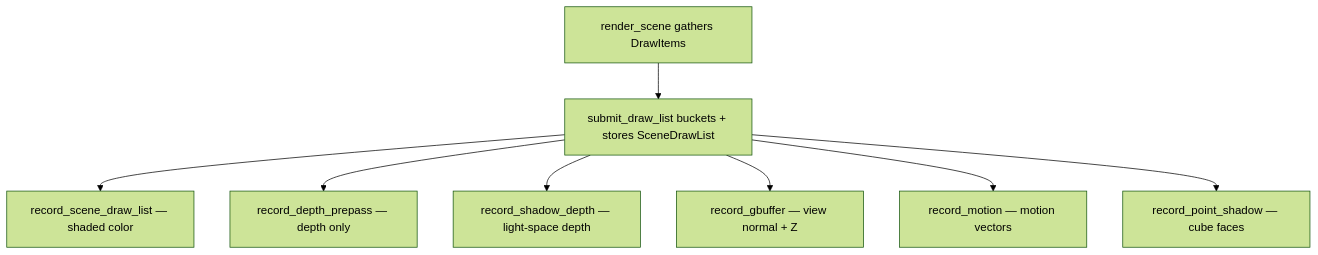
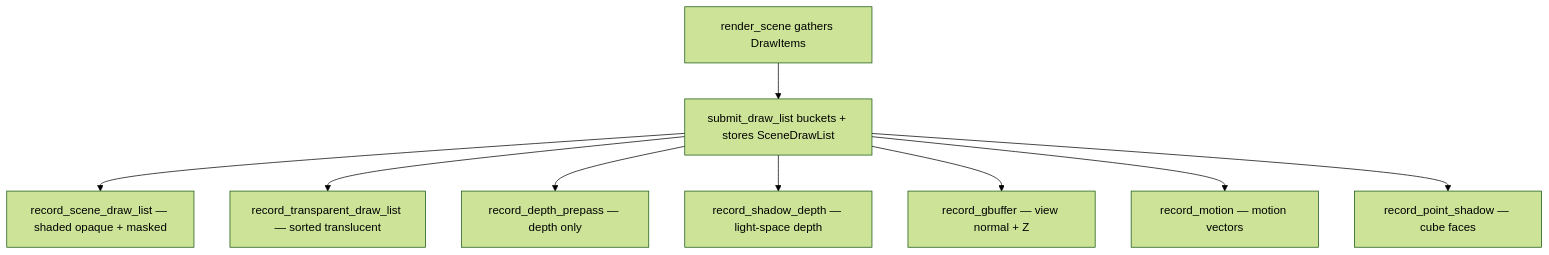
Before and after one commit to saffronjam/SaffronEngine: the diagram in docs/content/explanations/geometry-and-assets/draw-list.md, drawn with Mermaid (forest theme). The commit also changed other lines of this file and 11 other files, not shown here.

````diff
--- a/docs/content/explanations/geometry-and-assets/draw-list.md
+++ b/docs/content/explanations/geometry-and-assets/draw-list.md
@@ -102,10 +111,11 @@
 ```mermaid
 flowchart TD
     A[render_scene gathers DrawItems] --> B[submit_draw_list buckets + stores SceneDrawList]
-    B --> C[record_scene_draw_list — shaded color]
-    B --> D[record_depth_prepass — depth only]
-    B --> E[record_shadow_depth — light-space depth]
-    B --> F[record_gbuffer — view normal + Z]
-    B --> G[record_motion — motion vectors]
-    B --> H[record_point_shadow — cube faces]
+    B --> C[record_scene_draw_list — shaded opaque + masked]
+    B --> D[record_transparent_draw_list — sorted translucent]
+    B --> E[record_depth_prepass — depth only]
+    B --> F[record_shadow_depth — light-space depth]
+    B --> G[record_gbuffer — view normal + Z]
+    B --> H[record_motion — motion vectors]
+    B --> I[record_point_shadow — cube faces]
 ```
````
